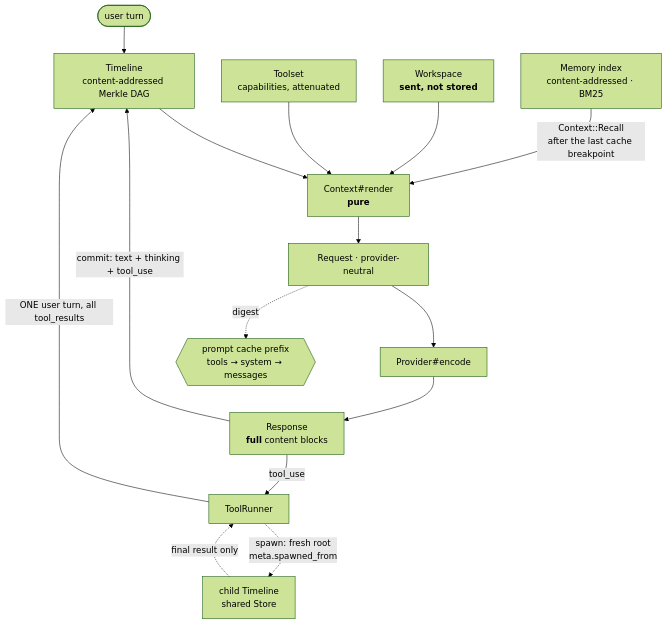
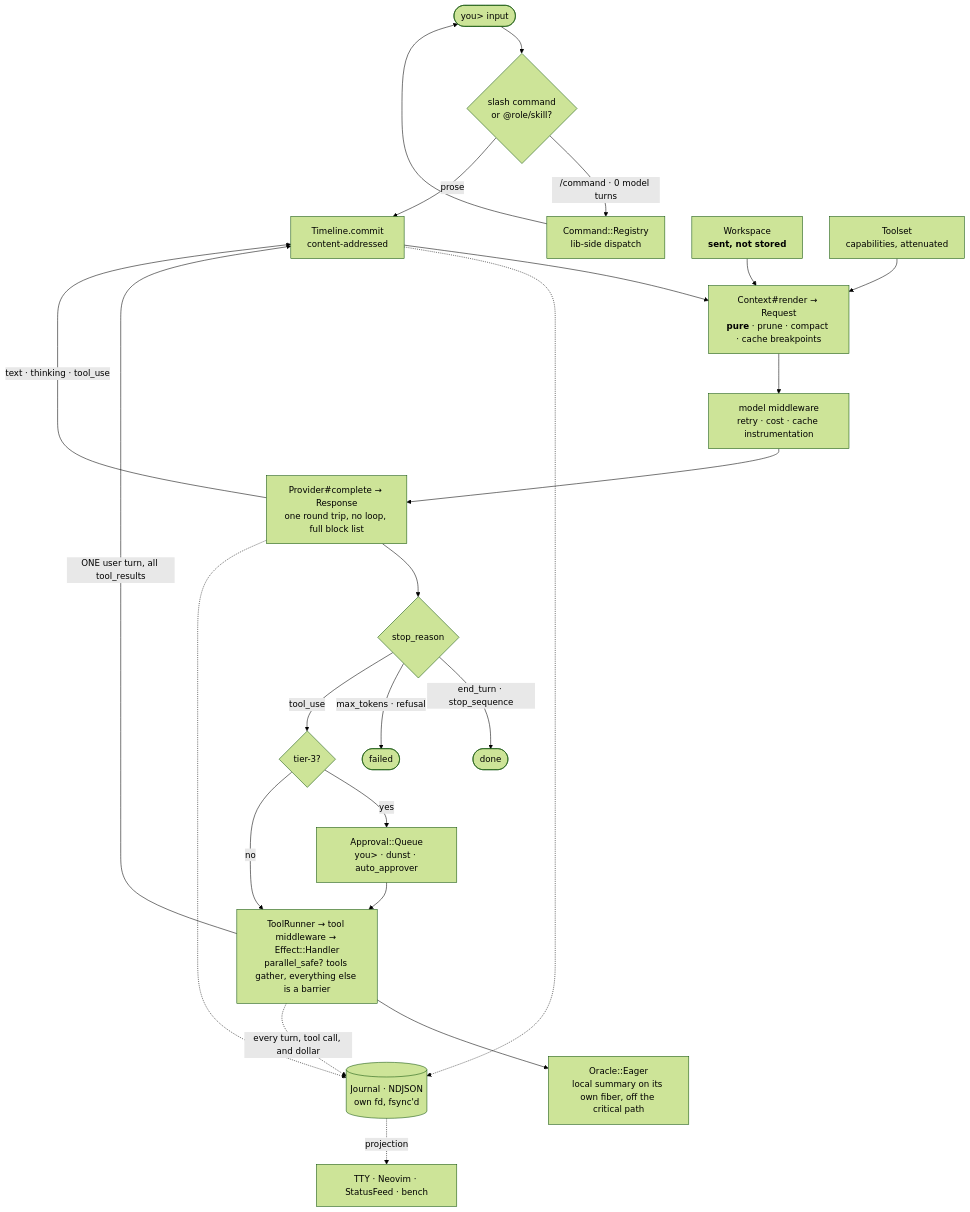
One commit to liaden/lain changed the diagram in README.md. Above: the diagram before and after it, drawn with Mermaid (forest theme). The commit also changed other lines of this file and 7 other files, not shown here.

````diff
--- a/README.md
+++ b/README.md
@@ -129,16 +123,27 @@
 ```mermaid
 flowchart TB
-  U([user turn]) --> TL
-  TL["Timeline<br/>content-addressed Merkle DAG"] --> CTX
+  IN(["you&gt; input"]) --> DISP{"slash command<br/>or @role/skill?"}
+  DISP -->|"/command · 0 model turns"| CMD["Command::Registry<br/>lib-side dispatch"] --> IN
+  DISP -->|prose| TL
+
+  TL["Timeline.commit<br/>content-addressed"] --> CTX
+  WS["Workspace<br/><b>sent, not stored</b>"] --> CTX
   TS["Toolset<br/>capabilities, attenuated"] --> CTX
-  WS["Workspace<br/><b>sent, not stored</b>"] --> CTX
-  MEM["Memory index<br/>content-addressed · BM25"] -->|Context::Recall<br/>after the last cache breakpoint| CTX
-  CTX["Context#render<br/><b>pure</b>"] --> REQ["Request · provider-neutral"]
-  REQ --> ENC["Provider#encode"] --> RESP["Response<br/><b>full</b> content blocks"]
-  RESP -->|commit: text + thinking + tool_use| TL
-  RESP -->|tool_use| TR["ToolRunner"]
-  TR -->|ONE user turn, all tool_results| TL
-  TR -.->|spawn: fresh root<br/>meta.spawned_from| CH["child Timeline<br/>shared Store"]
-  CH -.->|final result only| TR
-  REQ -.->|digest| C{{"prompt cache prefix<br/>tools → system → messages"}}
+  CTX["Context#render → Request<br/><b>pure</b> · prune · compact · cache breakpoints"] --> MW
+  MW["model middleware<br/>retry · cost · cache instrumentation"] --> P
+  P["Provider#complete → Response<br/>one round trip, no loop, full block list"] --> SR{"stop_reason"}
+  P -->|"text · thinking · tool_use"| TL
+
+  SR -->|"end_turn · stop_sequence"| DONE([done])
+  SR -->|"max_tokens · refusal"| FAIL([failed])
+  SR -->|tool_use| GATE{"tier-3?"}
+  GATE -->|yes| APR["Approval::Queue<br/>you&gt; · dunst · auto_approver"] --> EXEC
+  GATE -->|no| EXEC["ToolRunner → tool middleware → Effect::Handler<br/>parallel_safe? tools gather, everything else is a barrier"]
+  EXEC -->|"ONE user turn, all tool_results"| TL
+  EXEC --> SUM["Oracle::Eager<br/>local summary on its own fiber, off the critical path"]
+
+  TL -.-> J
+  P -.-> J
+  EXEC -.->|every turn, tool call, and dollar| J[("Journal · NDJSON<br/>own fd, fsync'd")]
+  J -.->|projection| UI["TTY · Neovim · StatusFeed · bench"]
 ```
````
